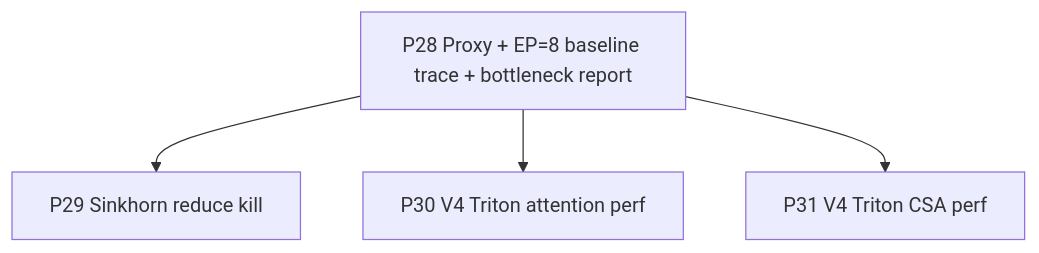
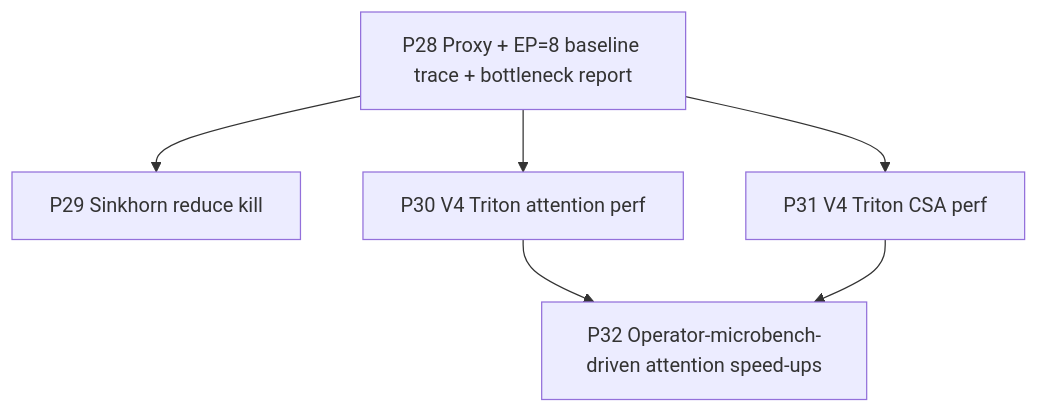
The diagram in deepseek-v4/develop/plan-5/01-roadmap.md (AMD-AGI/Primus), drawn with Mermaid before and after one commit. The commit also changed other lines of this file and 13 other files, not shown here.

````diff
--- a/deepseek-v4/develop/plan-5/01-roadmap.md
+++ b/deepseek-v4/develop/plan-5/01-roadmap.md
@@ -30,11 +31,14 @@
 ```mermaid
 flowchart TD
 P28[P28 Proxy + EP=8 baseline trace + bottleneck report]
 P29[P29 Sinkhorn reduce kill]
 P30[P30 V4 Triton attention perf]
 P31[P31 V4 Triton CSA perf]
+P32[P32 Operator-microbench-driven attention speed-ups]
 
 P28 --> P29
 P28 --> P30
 P28 --> P31
+P30 --> P32
+P31 --> P32
 ```
````
